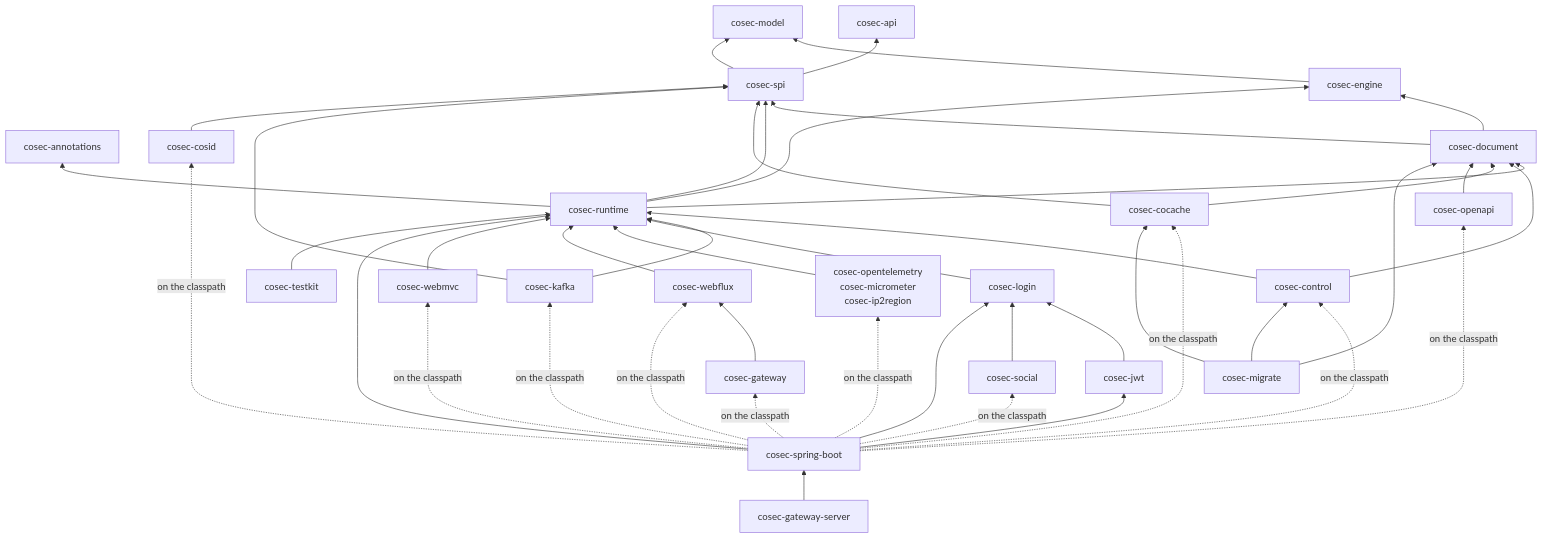
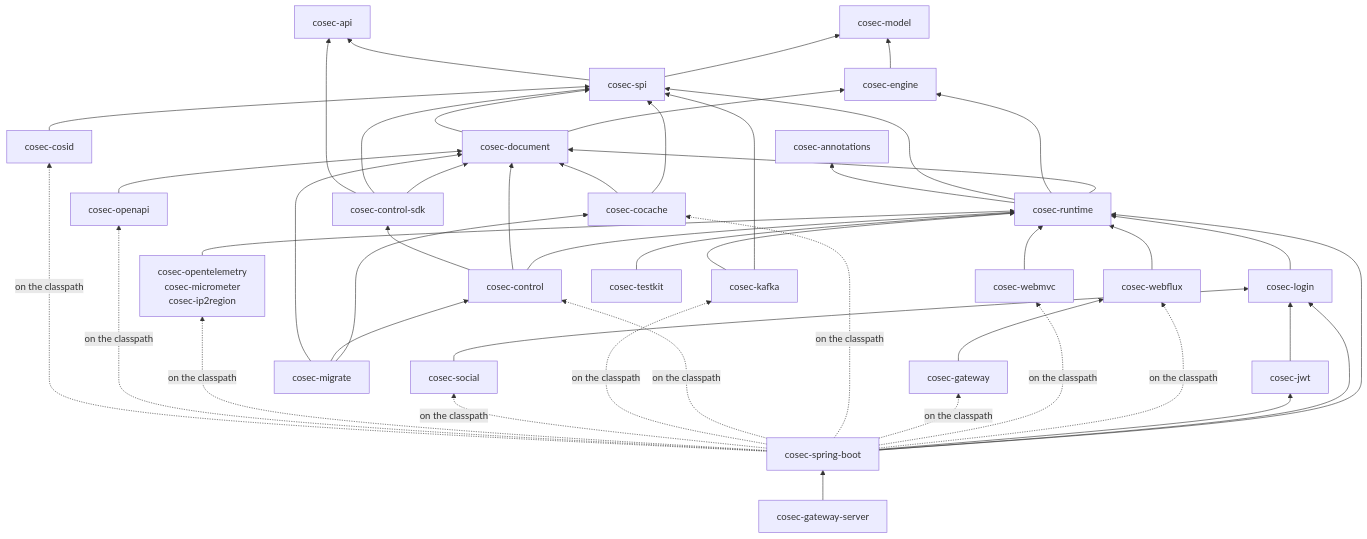
One commit to Ahoo-Wang/CoSec changed the first of 3 diagrams in wiki/architecture/overview.md. Above: the diagram before and after it, drawn with Mermaid. The commit also changed other lines of this file and 33 other files, not shown here.

First line of the commit message:
feat(control)!: cosec-control-sdk, the control plane's facade in a light module of its own (CTL-65) (#1832)

````diff
--- a/wiki/architecture/overview.md
+++ b/wiki/architecture/overview.md
@@ -37,27 +37,28 @@
 ```mermaid
 flowchart BT
     annotations[cosec-annotations]
     api[cosec-api]
     model[cosec-model]
     engine[cosec-engine] --> model
     spi[cosec-spi] --> model & api
     document[cosec-document] --> engine & spi
     runtime[cosec-runtime] --> document & engine & spi & annotations
-    control[cosec-control] --> runtime & document
+    controlsdk[cosec-control-sdk] --> document & spi & api
+    control[cosec-control] --> runtime & document & controlsdk
     cocache[cosec-cocache] --> spi & document
     kafka[cosec-kafka] --> spi & runtime
     login[cosec-login] --> runtime
     jwt[cosec-jwt] --> login
     social[cosec-social] --> login
     openapi[cosec-openapi] --> document
     listeners[cosec-opentelemetry<br>cosec-micrometer<br>cosec-ip2region] --> runtime
     cosid[cosec-cosid] --> spi
     webflux[cosec-webflux] --> runtime
     webmvc[cosec-webmvc] --> runtime
     gateway[cosec-gateway] --> webflux
     starter[cosec-spring-boot] --> runtime & login & jwt
     starter -. on the classpath .-> webflux & webmvc & gateway & cocache & control & kafka & social & listeners & openapi & cosid
     migrate[cosec-migrate] --> cocache & control & document
     testkit[cosec-testkit] --> runtime
     server[cosec-gateway-server] --> starter
 ```
````
